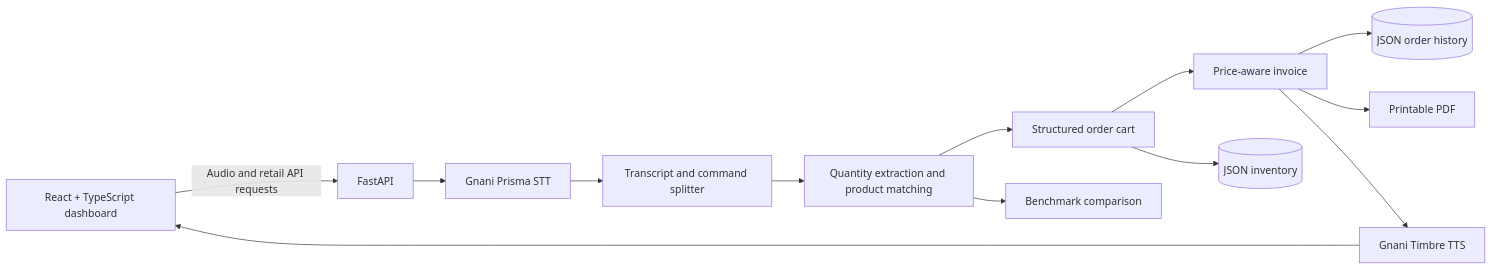
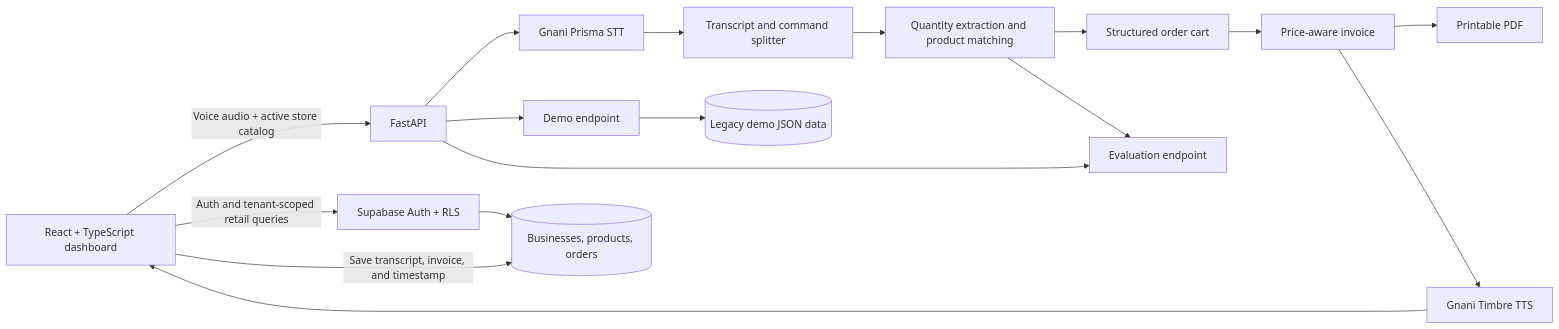
The diagram in README.md (Altamashazam7/bharat-bazaar-voiceos), drawn with Mermaid before and after one commit. The commit also changed other lines of this file and 49 other files, not shown here.

````diff
--- a/README.md
+++ b/README.md
@@ -46,15 +50,19 @@
 ```mermaid
 flowchart LR
-    Browser["React + TypeScript dashboard"] -->|"Audio and retail API requests"| API["FastAPI"]
+    Browser["React + TypeScript dashboard"] -->|"Voice audio + active store catalog"| API["FastAPI"]
+    Browser -->|"Auth and tenant-scoped retail queries"| Supabase["Supabase Auth + RLS"]
+    Supabase --> Retail[("Businesses, products, orders")]
+    Browser -->|"Save transcript, invoice, and timestamp"| Retail
     API --> STT["Gnani Prisma STT"]
     STT --> Split["Transcript and command splitter"]
     Split --> Parse["Quantity extraction and product matching"]
     Parse --> Cart["Structured order cart"]
     Cart --> Invoice["Price-aware invoice"]
-    Invoice --> History[("JSON order history")]
-    Cart --> Stock[("JSON inventory")]
+    API --> Demo["Demo endpoint"]
+    API --> Evaluation["Evaluation endpoint"]
+    Demo --> LocalDemo[("Legacy demo JSON data")]
     Invoice --> PDF["Printable PDF"]
     Invoice --> TTS["Gnani Timbre TTS"]
     TTS --> Browser
-    Parse --> Evaluation["Benchmark comparison"]
+    Parse --> Evaluation
 ```
````
